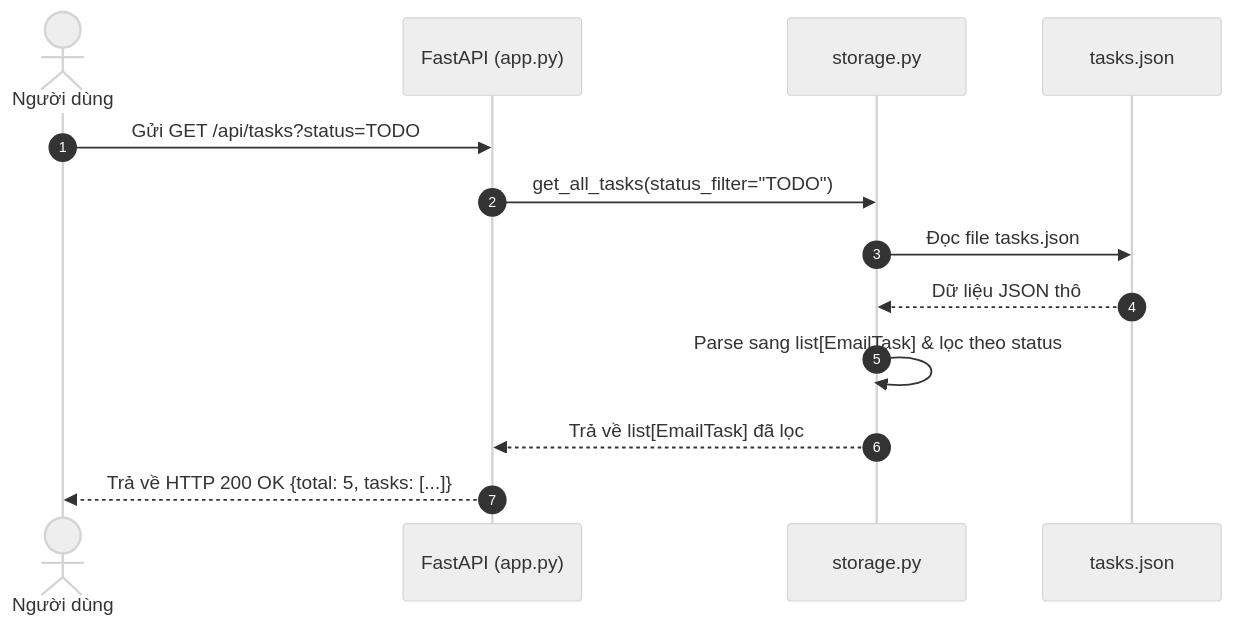
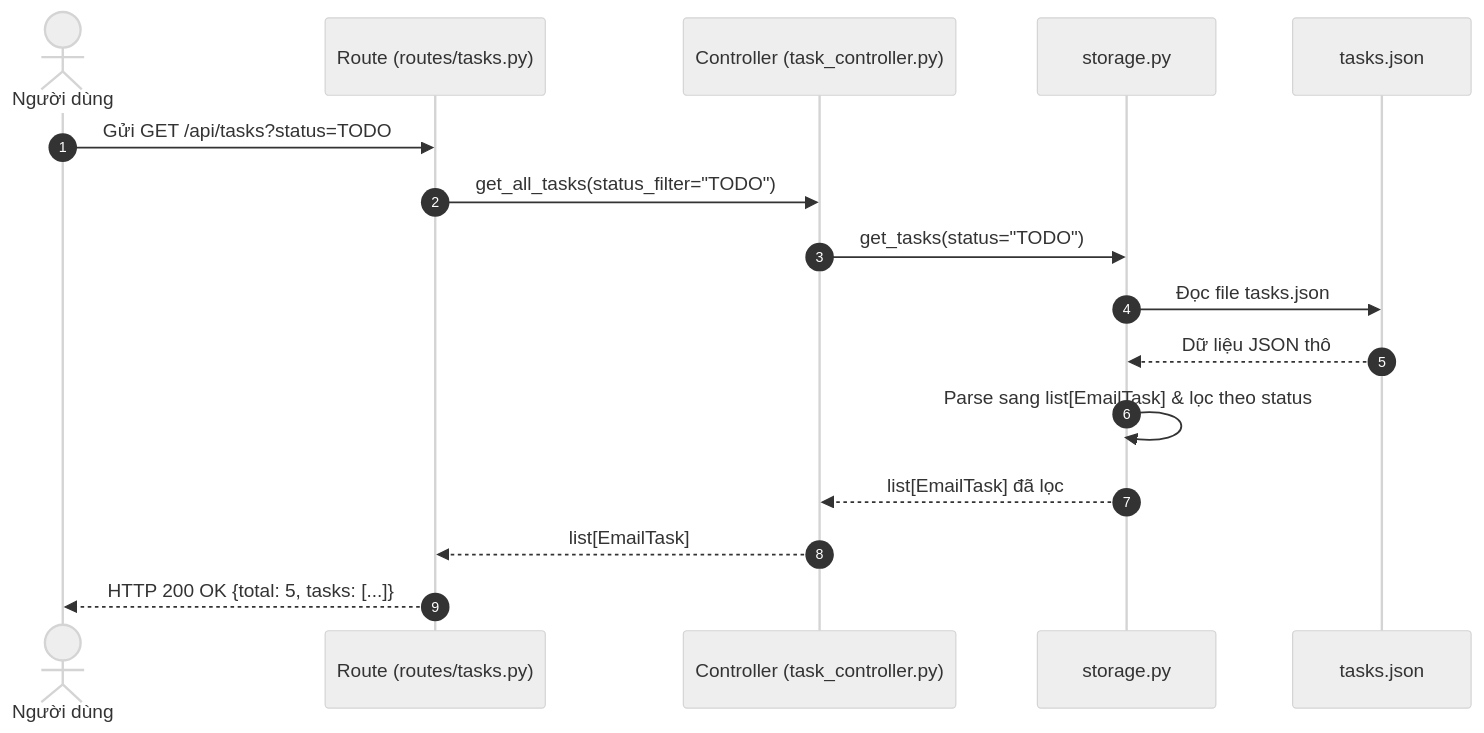
One commit to Archduker/FocusEmai changed the third of 4 diagrams in docs/stage2.md. Above: the diagram before and after it, drawn with Mermaid (neutral theme). The commit also changed other lines of this file and 6 other files, not shown here.

````diff
--- a/docs/stage2.md
+++ b/docs/stage2.md
@@ -85,16 +92,19 @@
 ```mermaid
 sequenceDiagram
     autonumber
     actor User as Người dùng
-    participant API as FastAPI (app.py)
+    participant Route as Route (routes/tasks.py)
+    participant Controller as Controller (task_controller.py)
     participant Storage as storage.py
     participant DB as tasks.json
 
-    User->>API: Gửi GET /api/tasks?status=TODO
-    API->>Storage: get_all_tasks(status_filter="TODO")
+    User->>Route: Gửi GET /api/tasks?status=TODO
+    Route->>Controller: get_all_tasks(status_filter="TODO")
+    Controller->>Storage: get_tasks(status="TODO")
     Storage->>DB: Đọc file tasks.json
     DB-->>Storage: Dữ liệu JSON thô
     Storage->>Storage: Parse sang list[EmailTask] & lọc theo status
-    Storage-->>API: Trả về list[EmailTask] đã lọc
-    API-->>User: Trả về HTTP 200 OK {total: 5, tasks: [...]}
+    Storage-->>Controller: list[EmailTask] đã lọc
+    Controller-->>Route: list[EmailTask]
+    Route-->>User: HTTP 200 OK {total: 5, tasks: [...]}
 ```
````
